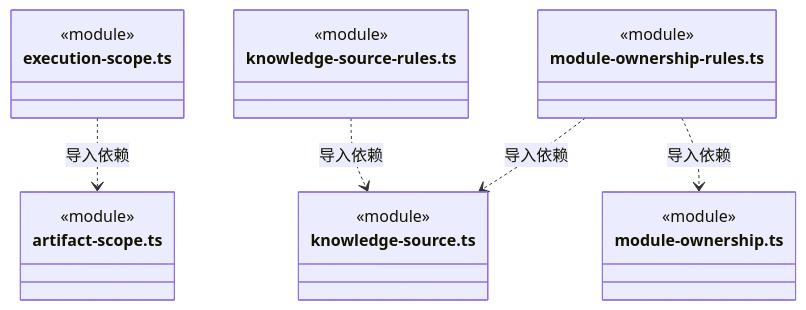
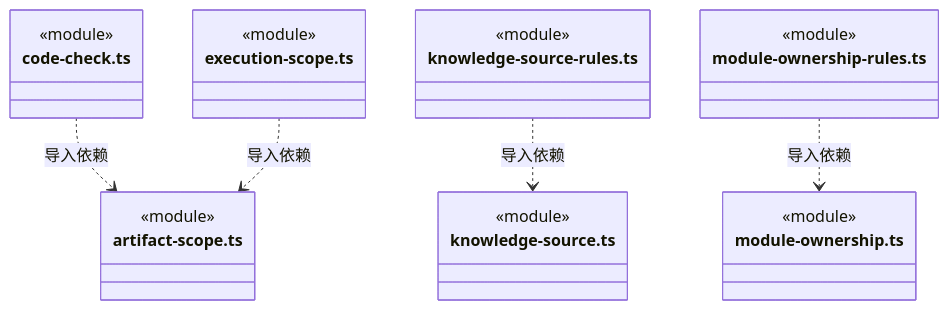
Diagram 35 of 38 in src/backend/core/workspace/ARCHITECTURE.md (nan023062/cbim), drawn with Mermaid before and after one commit. The commit also changed other lines of this file and 130 other files, not shown here.

````diff
--- a/src/backend/core/workspace/ARCHITECTURE.md
+++ b/src/backend/core/workspace/ARCHITECTURE.md
@@ -774,25 +764,28 @@
 ```mermaid
 classDiagram
-class N_src_backend_core_workspace_execution_scope_ts["execution-scope.ts"] {
+class N_src_backend_core_workspace_code_check_ts["code-check.ts"] {
   <<module>>
 }
 class N_src_backend_core_workspace_artifact_scope_ts["artifact-scope.ts"] {
+  <<module>>
+}
+class N_src_backend_core_workspace_execution_scope_ts["execution-scope.ts"] {
   <<module>>
 }
 class N_src_backend_core_workspace_knowledge_source_rules_ts["knowledge-source-rules.ts"] {
   <<module>>
 }
 class N_src_backend_core_workspace_knowledge_source_ts["knowledge-source.ts"] {
   <<module>>
 }
 class N_src_backend_core_workspace_module_ownership_rules_ts["module-ownership-rules.ts"] {
   <<module>>
 }
 class N_src_backend_core_workspace_module_ownership_ts["module-ownership.ts"] {
   <<module>>
 }
+N_src_backend_core_workspace_code_check_ts ..> N_src_backend_core_workspace_artifact_scope_ts : 导入依赖
 N_src_backend_core_workspace_execution_scope_ts ..> N_src_backend_core_workspace_artifact_scope_ts : 导入依赖
 N_src_backend_core_workspace_knowledge_source_rules_ts ..> N_src_backend_core_workspace_knowledge_source_ts : 导入依赖
 N_src_backend_core_workspace_module_ownership_rules_ts ..> N_src_backend_core_workspace_module_ownership_ts : 导入依赖
-N_src_backend_core_workspace_module_ownership_rules_ts ..> N_src_backend_core_workspace_knowledge_source_ts : 导入依赖
 ```
````
